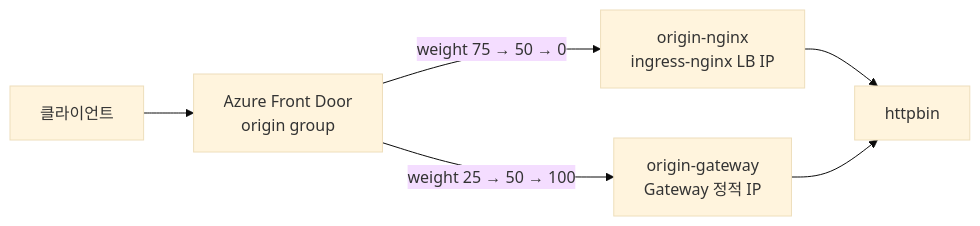
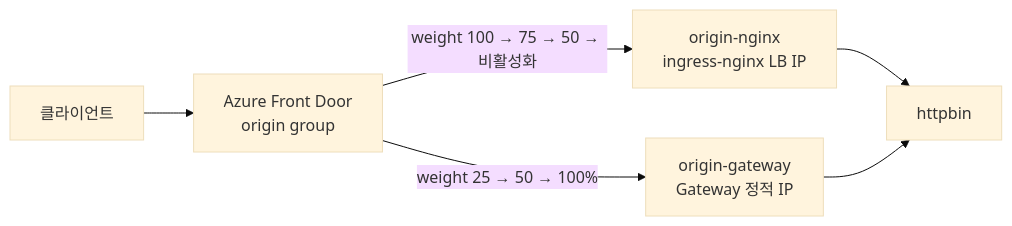
One commit to freeman9844/ms-aks-approuting-workshop01 changed the diagram in docs/07-afd-canary-migration.md. Above: the diagram before and after it, drawn with Mermaid (base theme). The commit also changed other lines of this file and 1 other file, not shown here.

````diff
--- a/docs/07-afd-canary-migration.md
+++ b/docs/07-afd-canary-migration.md
@@ -17,8 +19,8 @@
 ```mermaid
 flowchart LR
     C[클라이언트] --> AFD[Azure Front Door<br/>origin group]
-    AFD -- "weight 75 → 50 → 0" --> N[origin-nginx<br/>ingress-nginx LB IP]
-    AFD -- "weight 25 → 50 → 100" --> G[origin-gateway<br/>Gateway 정적 IP]
+    AFD -- "weight 100 → 75 → 50 → 비활성화" --> N[origin-nginx<br/>ingress-nginx LB IP]
+    AFD -- "weight 25 → 50 → 100%" --> G[origin-gateway<br/>Gateway 정적 IP]
     N --> App[httpbin]
     G --> App
 ```
````
